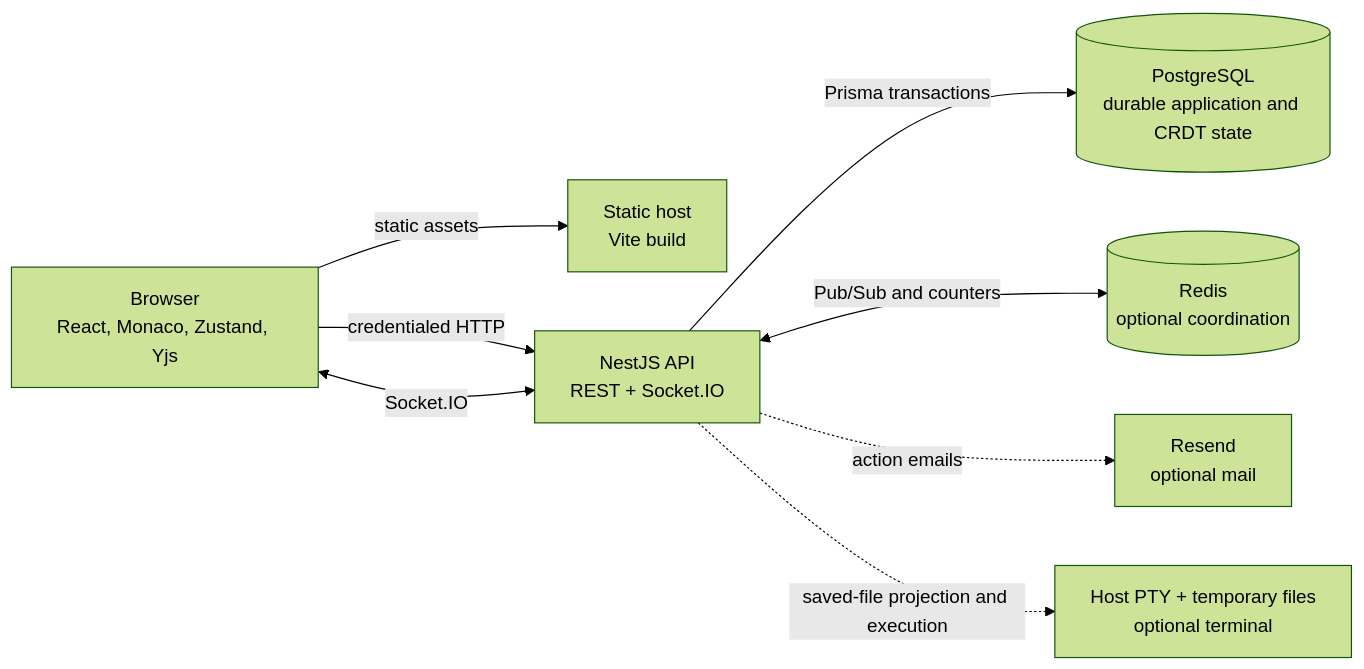
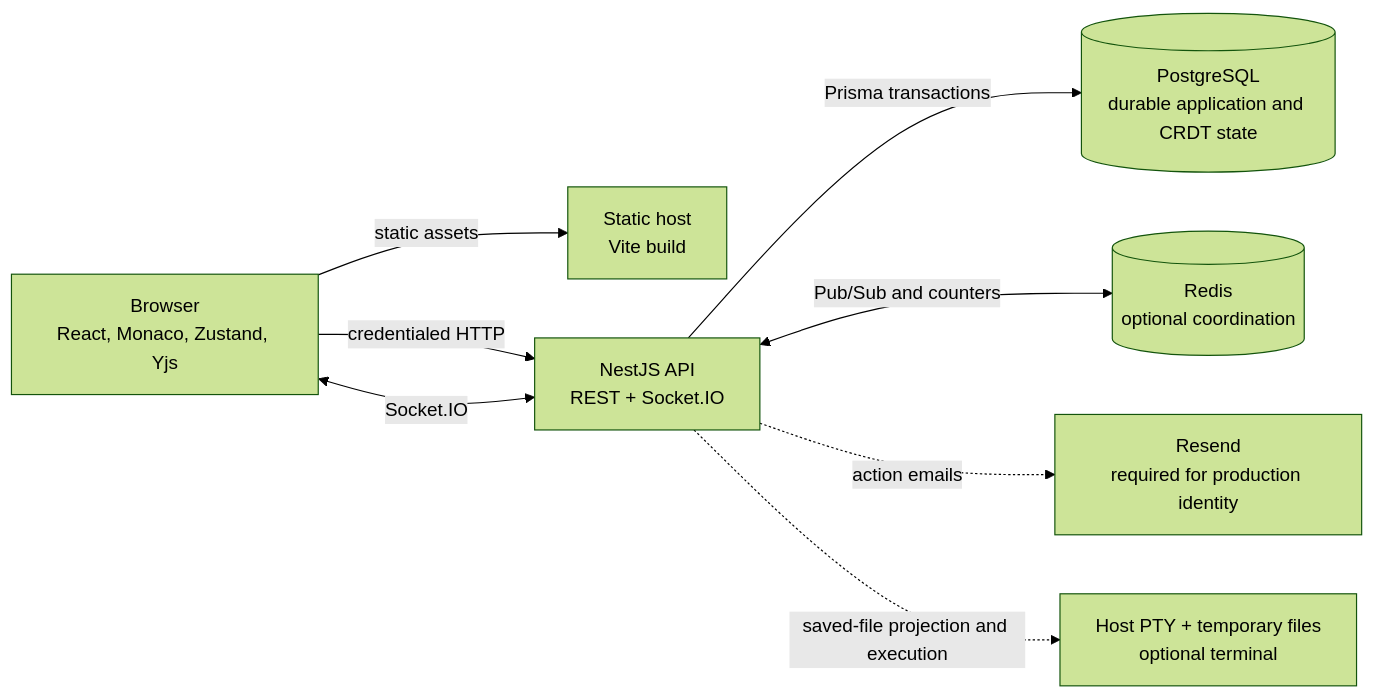
The diagram in docs/explanation/system-overview.md (santinomarial/Meridian), drawn with Mermaid (forest theme) before and after one commit. The commit also changed 4 other files, not shown here.

````diff
--- a/docs/explanation/system-overview.md
+++ b/docs/explanation/system-overview.md
@@ -10,18 +10,18 @@
 ```mermaid
 flowchart LR
     Browser["Browser<br/>React, Monaco, Zustand, Yjs"]
     Static["Static host<br/>Vite build"]
     API["NestJS API<br/>REST + Socket.IO"]
     PG[("PostgreSQL<br/>durable application and CRDT state")]
     Redis[("Redis<br/>optional coordination")]
-    Mail["Resend<br/>optional mail"]
+    Mail["Resend<br/>required for production identity"]
     Host["Host PTY + temporary files<br/>optional terminal"]
 
     Browser -->|"static assets"| Static
     Browser -->|"credentialed HTTP"| API
     Browser <-->|"Socket.IO"| API
     API -->|"Prisma transactions"| PG
     API <-->|"Pub/Sub and counters"| Redis
     API -.->|"action emails"| Mail
     API -.->|"saved-file projection and execution"| Host
 ```
````
